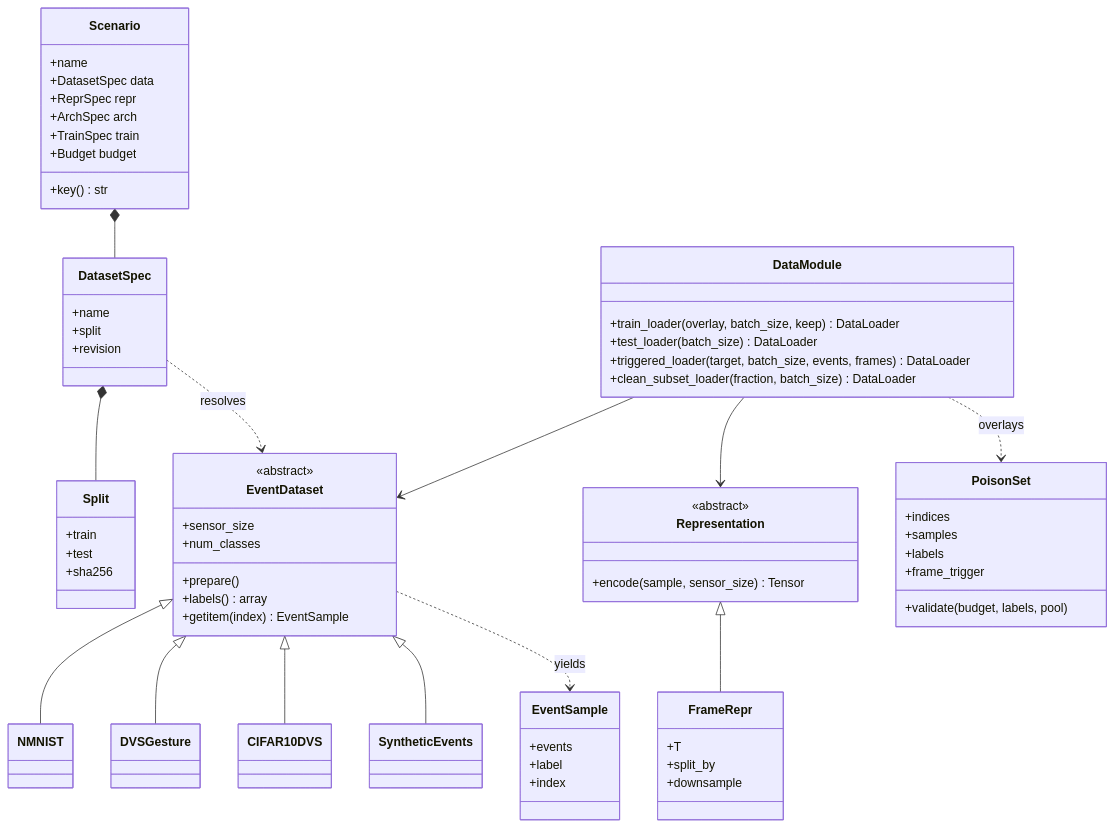
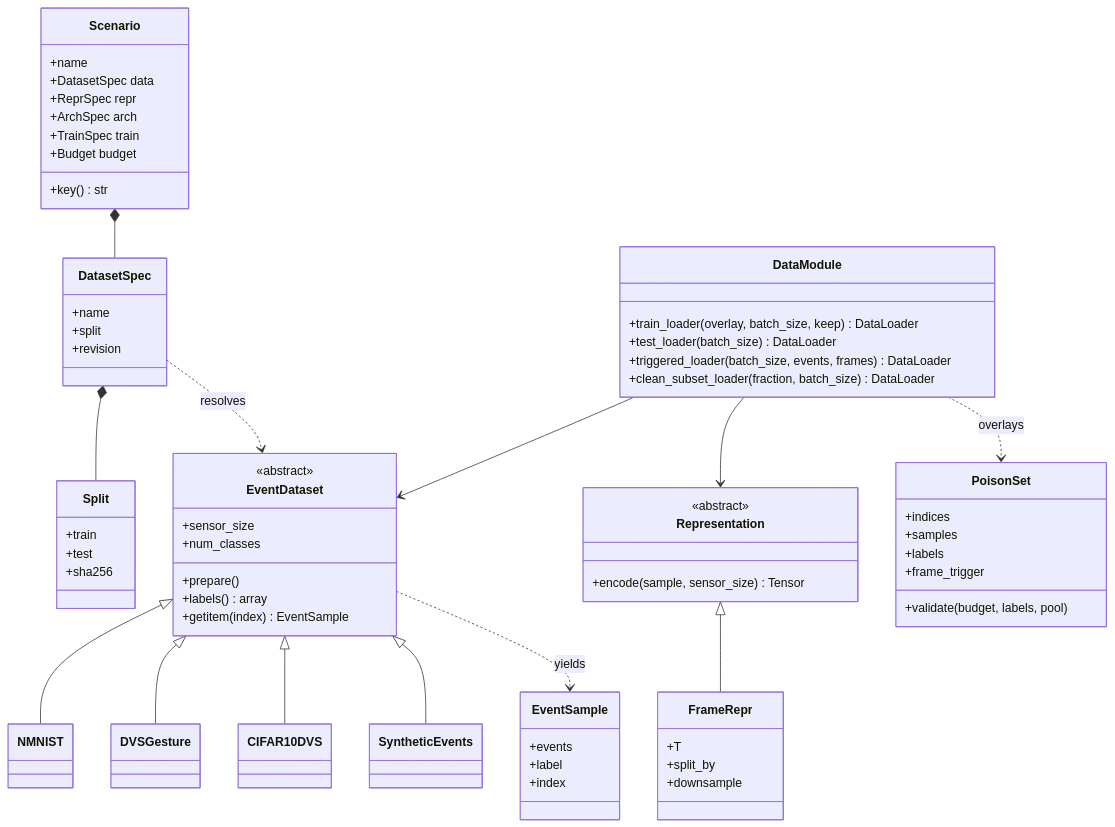
Before and after one commit to GorkaAbad/SNN-Backdoor-Benchmark: the second of 7 diagrams in docs/PLAN.md, drawn with Mermaid. The commit also changed other lines of this file and 11 other files, not shown here.

````diff
--- a/docs/PLAN.md
+++ b/docs/PLAN.md
@@ -281,74 +281,74 @@
 ```mermaid
 classDiagram
 direction TB
 class Scenario {
   +name
   +DatasetSpec data
   +ReprSpec repr
   +ArchSpec arch
   +TrainSpec train
   +Budget budget
   +key() str
 }
 class DatasetSpec {
   +name
   +split
   +revision
 }
 class Split {
   +train
   +test
   +sha256
 }
 class EventDataset {
   <<abstract>>
   +sensor_size
   +num_classes
   +prepare()
   +labels() array
   +getitem(index) EventSample
 }
 class NMNIST
 class DVSGesture
 class CIFAR10DVS
 class SyntheticEvents
 class EventSample {
   +events
   +label
   +index
 }
 class Representation {
   <<abstract>>
   +encode(sample, sensor_size) Tensor
 }
 class FrameRepr {
   +T
   +split_by
   +downsample
 }
 class DataModule {
   +train_loader(overlay, batch_size, keep) DataLoader
   +test_loader(batch_size) DataLoader
-  +triggered_loader(target, batch_size, events, frames) DataLoader
+  +triggered_loader(batch_size, events, frames) DataLoader
   +clean_subset_loader(fraction, batch_size) DataLoader
 }
 class PoisonSet {
   +indices
   +samples
   +labels
   +frame_trigger
   +validate(budget, labels, pool)
 }
 Scenario *-- DatasetSpec
 DatasetSpec *-- Split
 DatasetSpec ..> EventDataset : resolves
 EventDataset <|-- NMNIST
 EventDataset <|-- DVSGesture
 EventDataset <|-- CIFAR10DVS
 EventDataset <|-- SyntheticEvents
 EventDataset ..> EventSample : yields
 DataModule --> EventDataset
 DataModule --> Representation
 DataModule ..> PoisonSet : overlays
 Representation <|-- FrameRepr
 ```
````
